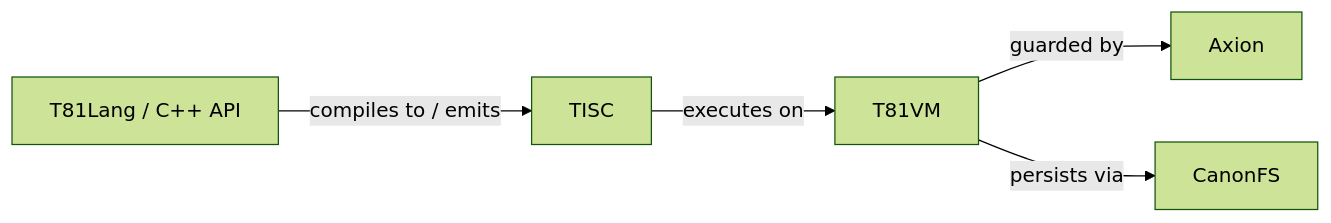
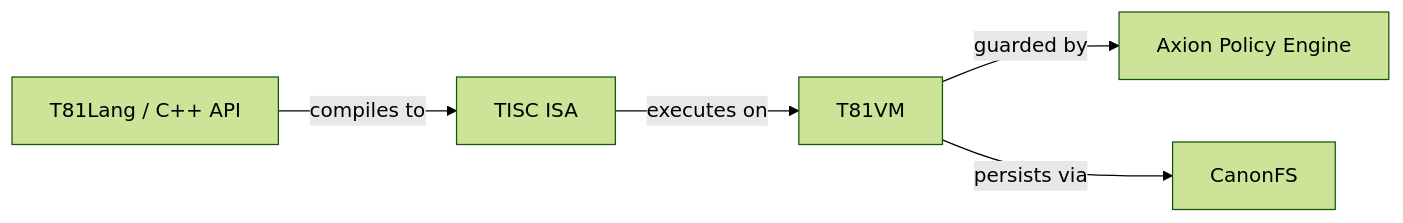
The diagram in README.md (t81dev/t81-foundation), drawn with Mermaid (forest theme) before and after one commit. The commit also changed other lines of this file, not shown here.

````diff
--- a/README.md
+++ b/README.md
@@ -54,7 +45,7 @@
 ```mermaid
 flowchart LR
-    A[T81Lang / C++ API] -->|compiles to / emits| B[TISC]
+    A[T81Lang / C++ API] -->|compiles to| B[TISC ISA]
     B -->|executes on| C[T81VM]
-    C -->|guarded by| D[Axion]
+    C -->|guarded by| D[Axion Policy Engine]
     C -->|persists via| E[CanonFS]
 ```
````
